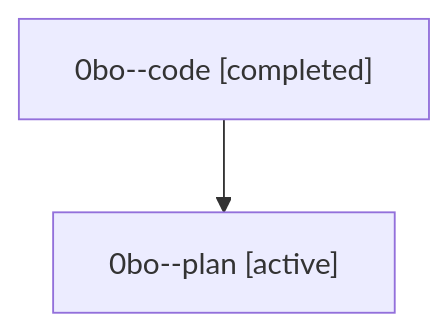
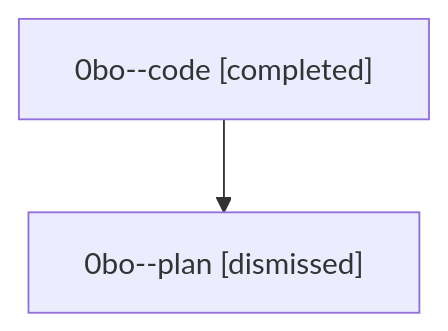
Before and after one commit to sase-org/sase--agents: the diagram in sessions/bbugyi200.athena.0bo.md, drawn with Mermaid. The commit also changed other lines of this file and 33 other files, not shown here.

````diff
--- a/sessions/bbugyi200.athena.0bo.md
+++ b/sessions/bbugyi200.athena.0bo.md
@@ -9,6 +9,6 @@
 ```mermaid
 flowchart TD
   n0["0bo--code [completed]"]
-  n1["0bo--plan [active]"]
+  n1["0bo--plan [dismissed]"]
   n0 --> n1
 ```
````
